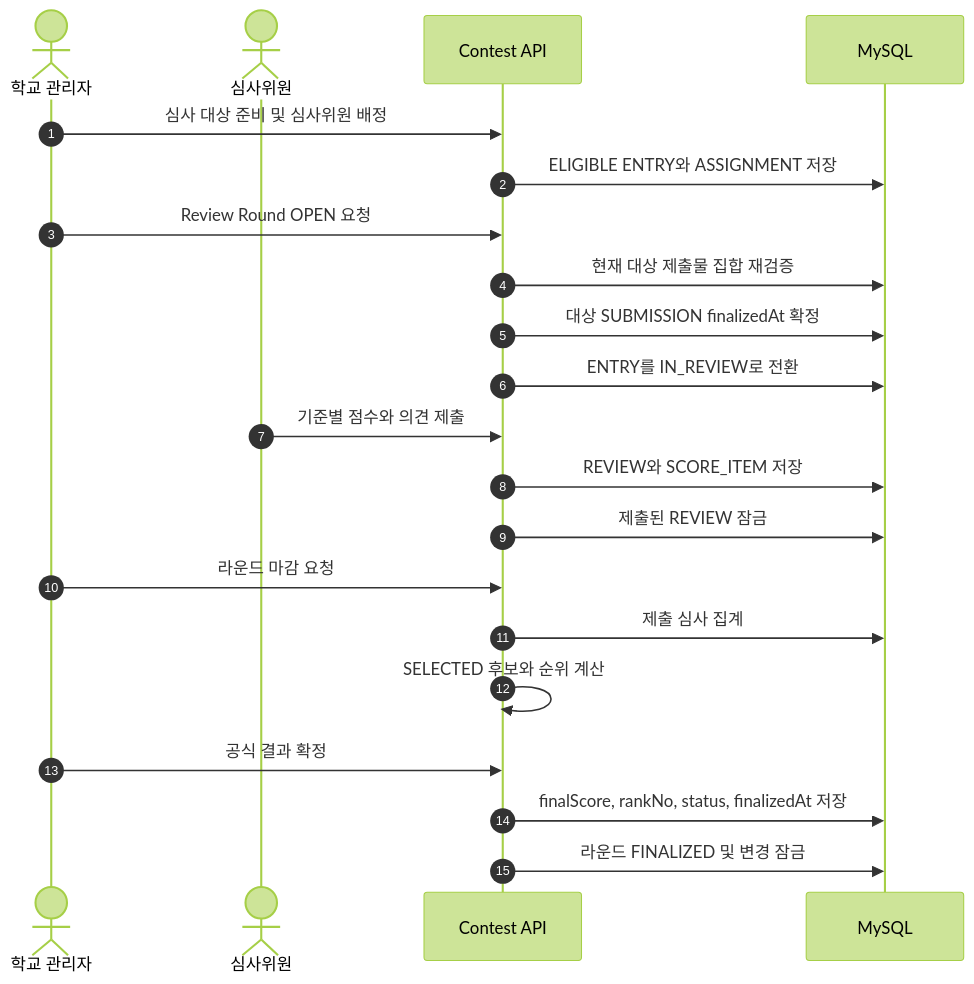
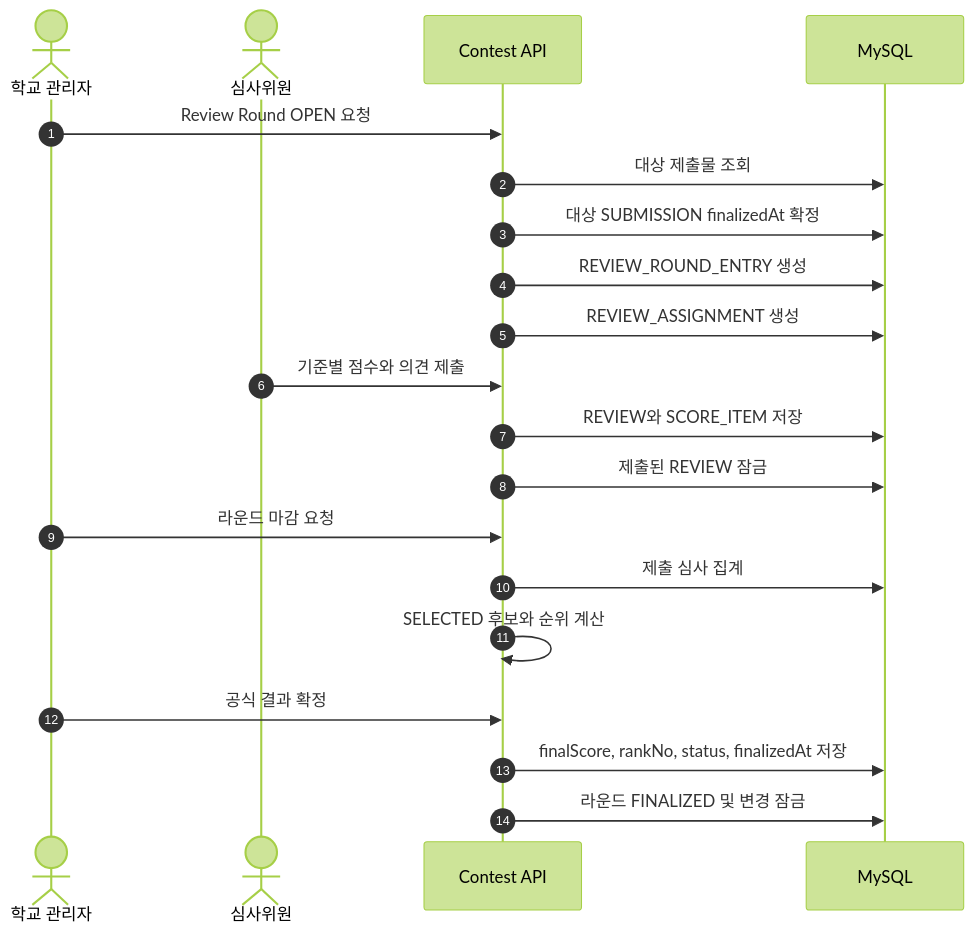
The ninth of 22 diagrams in docs/architecture-diagrams.md (Tok-Baro/Trekkey_BackEnd), drawn with Mermaid (forest theme) before and after one commit. The commit also changed other lines of this file and 408 other files, not shown here.

````diff
--- a/docs/architecture-diagrams.md
+++ b/docs/architecture-diagrams.md
@@ -286,24 +280,23 @@
 ```mermaid
 sequenceDiagram
     autonumber
     actor Admin as 학교 관리자
     actor Judge as 심사위원
     participant API as Contest API
     participant DB as MySQL
 
-    Admin->>API: 심사 대상 준비 및 심사위원 배정
-    API->>DB: ELIGIBLE ENTRY와 ASSIGNMENT 저장
     Admin->>API: Review Round OPEN 요청
-    API->>DB: 현재 대상 제출물 집합 재검증
+    API->>DB: 대상 제출물 조회
     API->>DB: 대상 SUBMISSION finalizedAt 확정
-    API->>DB: ENTRY를 IN_REVIEW로 전환
+    API->>DB: REVIEW_ROUND_ENTRY 생성
+    API->>DB: REVIEW_ASSIGNMENT 생성
     Judge->>API: 기준별 점수와 의견 제출
     API->>DB: REVIEW와 SCORE_ITEM 저장
     API->>DB: 제출된 REVIEW 잠금
     Admin->>API: 라운드 마감 요청
     API->>DB: 제출 심사 집계
     API->>API: SELECTED 후보와 순위 계산
     Admin->>API: 공식 결과 확정
     API->>DB: finalScore, rankNo, status, finalizedAt 저장
     API->>DB: 라운드 FINALIZED 및 변경 잠금
 ```
````
